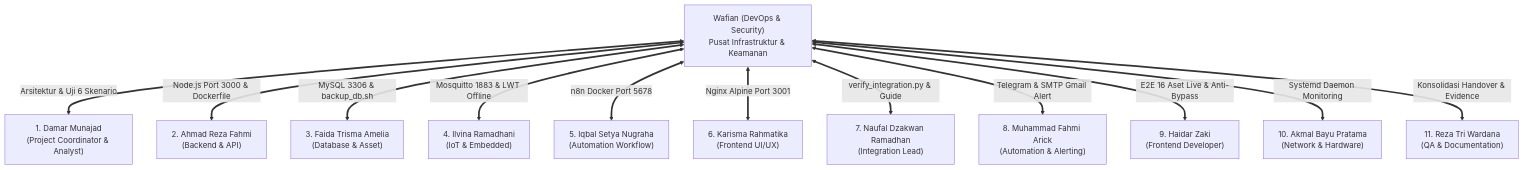
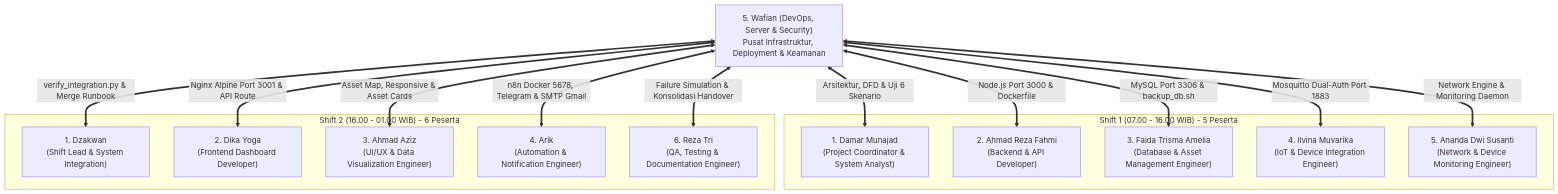
The diagram in docs/MATRIKS_INTEGRASI_TIM.md (T-AIMS/T-AIMS), drawn with Mermaid before and after one commit. The commit also changed other lines of this file and 4 other files, not shown here.

````diff
--- a/docs/MATRIKS_INTEGRASI_TIM.md
+++ b/docs/MATRIKS_INTEGRASI_TIM.md
@@ -13,32 +15,34 @@
 ```mermaid
 graph TD
-    WAF["Wafian (DevOps & Security)<br/>Pusat Infrastruktur & Keamanan"]
+    WAF["5. Wafian (DevOps, Server & Security)<br/>Pusat Infrastruktur, Deployment & Keamanan"]
 
-    %% Shift 1 Connections
-    DAMAR["1. Damar Munajad<br/>(Project Coordinator & Analyst)"]
-    REZA["2. Ahmad Reza Fahmi<br/>(Backend & API)"]
-    FAIDA["3. Faida Trisma Amelia<br/>(Database & Asset)"]
-    ILVINA["4. Ilvina Ramadhani<br/>(IoT & Embedded)"]
-    IQBAL["5. Iqbal Setya Nugraha<br/>(Automation Workflow)"]
-    KARISMA["6. Karisma Rahmatika<br/>(Frontend UI/UX)"]
+    %% Shift 1 (5 Peserta)
+    subgraph S1 ["Shift 1 (07.00 - 16.00 WIB) - 5 Peserta"]
+        DAMAR["1. Damar Munajad<br/>(Project Coordinator & System Analyst)"]
+        REZA["2. Ahmad Reza Fahmi<br/>(Backend & API Developer)"]
+        FAIDA["3. Faida Trisma Amelia<br/>(Database & Asset Management Engineer)"]
+        ILVINA["4. Ilvina Muvarika<br/>(IoT & Device Integration Engineer)"]
+        ANANDA["5. Ananda Dwi Susanti<br/>(Network & Device Monitoring Engineer)"]
+    end
 
-    %% Shift 2 Connections
-    DZAKWAN["7. Naufal Dzakwan Ramadhan<br/>(Integration Lead)"]
-    ARICK["8. Muhammad Fahmi Arick<br/>(Automation & Alerting)"]
-    HAIDAR["9. Haidar Zaki<br/>(Frontend Developer)"]
-    AKMAL["10. Akmal Bayu Pratama<br/>(Network & Hardware)"]
-    REZATRI["11. Reza Tri Wardana<br/>(QA & Documentation)"]
+    %% Shift 2 (6 Peserta)
+    subgraph S2 ["Shift 2 (16.00 - 01.00 WIB) - 6 Peserta"]
+        DZAKWAN["1. Dzakwan<br/>(Shift Lead & System Integration)"]
+        DIKA["2. Dika Yoga<br/>(Frontend Dashboard Developer)"]
+        AZIZ["3. Ahmad Aziz<br/>(UI/UX & Data Visualization Engineer)"]
+        ARIK["4. Arik<br/>(Automation & Notification Engineer)"]
+        REZATRI["6. Reza Tri<br/>(QA, Testing & Documentation Engineer)"]
+    end
 
-    %% Edges
-    WAF <==>|Arsitektur & Uji 6 Skenario| DAMAR
+    %% Hubungan Sisi DevOps (Wafian)
+    WAF <==>|Arsitektur, DFD & Uji 6 Skenario| DAMAR
     WAF <==>|Node.js Port 3000 & Dockerfile| REZA
-    WAF <==>|MySQL 3306 & backup_db.sh| FAIDA
-    WAF <==>|Mosquitto 1883 & LWT Offline| ILVINA
-    WAF <==>|n8n Docker Port 5678| IQBAL
-    WAF <==>|Nginx Alpine Port 3001| KARISMA
-    WAF <==>|verify_integration.py & Guide| DZAKWAN
-    WAF <==>|Telegram & SMTP Gmail Alert| ARICK
-    WAF <==>|E2E 16 Aset Live & Anti-Bypass| HAIDAR
-    WAF <==>|Systemd Daemon Monitoring| AKMAL
-    WAF <==>|Konsolidasi Handover & Evidence| REZATRI
+    WAF <==>|MySQL Port 3306 & backup_db.sh| FAIDA
+    WAF <==>|Mosquitto Dual-Auth Port 1883| ILVINA
+    WAF <==>|Network Engine & Monitoring Daemon| ANANDA
+    WAF <==>|verify_integration.py & Merge Runbook| DZAKWAN
+    WAF <==>|Nginx Alpine Port 3001 & API Route| DIKA
+    WAF <==>|Asset Map, Responsive & Asset Cards| AZIZ
+    WAF <==>|n8n Docker 5678, Telegram & SMTP Gmail| ARIK
+    WAF <==>|Failure Simulation & Konsolidasi Handover| REZATRI
 ```
````
